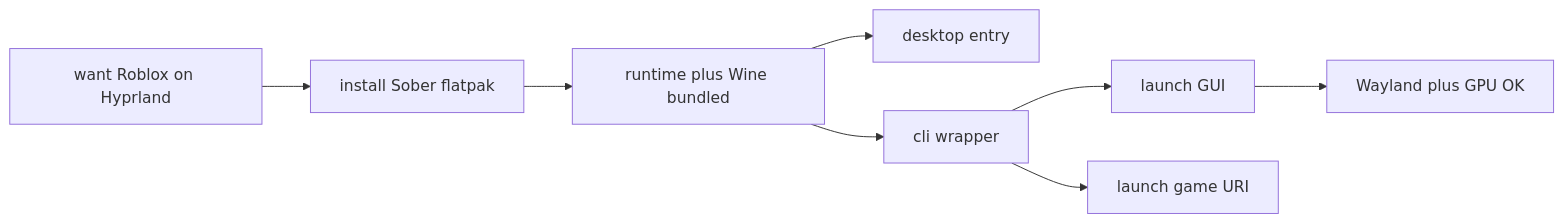
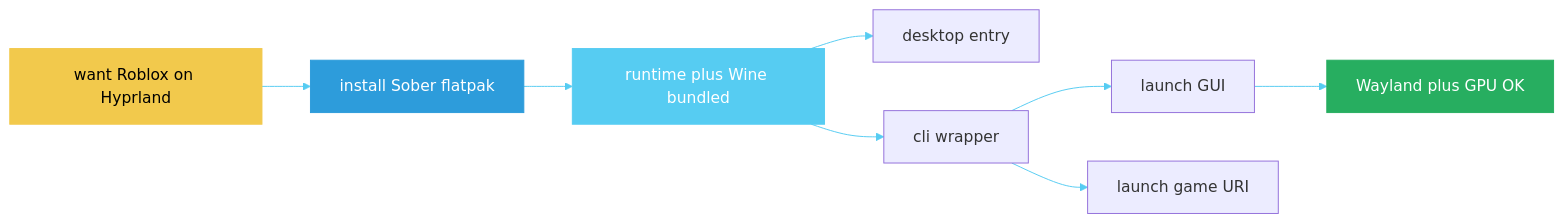
The second of 5 diagrams in Graphs/Gaming-Diagrams.md (444Nazky/My-Vault), drawn with Mermaid before and after one commit. The commit also changed other lines of this file and 15 other files, not shown here.

````diff
--- a/Graphs/Gaming-Diagrams.md
+++ b/Graphs/Gaming-Diagrams.md
@@ -22,10 +26,15 @@
 ```mermaid
+%%{init: {'theme': 'default', 'themeVariables': { 'primaryColor': '#56CCF2', 'lineColor': '#56CCF2'}}}%%
 flowchart LR
  A["want Roblox on Hyprland"] --> B["install Sober flatpak"]
  B --> C["runtime plus Wine bundled"]
  C --> D["desktop entry"]
  C --> E["cli wrapper"]
  E --> F["launch GUI"]
  E --> G["launch game URI"]
  F --> H["Wayland plus GPU OK"]
+ style A fill:#F2C94C,stroke:#F2C94C,color:#000
+ style B fill:#2D9CDB,stroke:#2D9CDB,color:#fff
+ style C fill:#56CCF2,stroke:#56CCF2,color:#fff
+ style H fill:#27AE60,stroke:#27AE60,color:#fff
 ```
````
